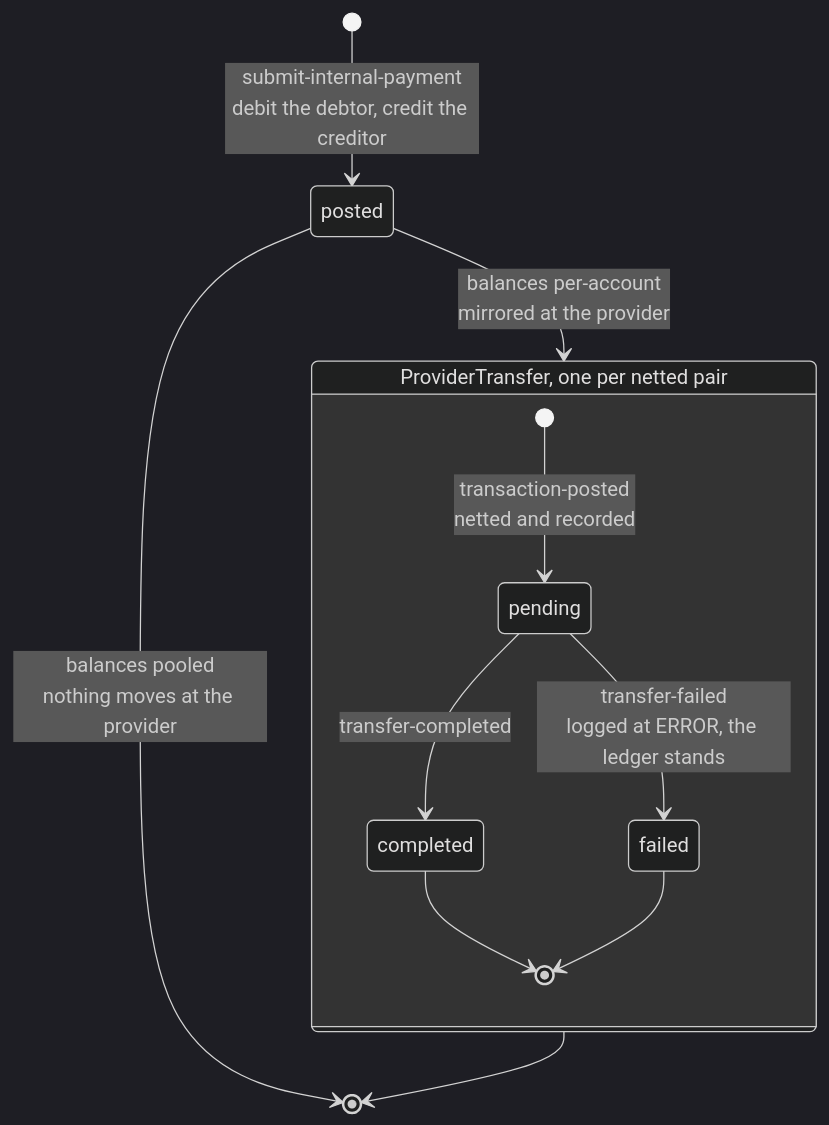
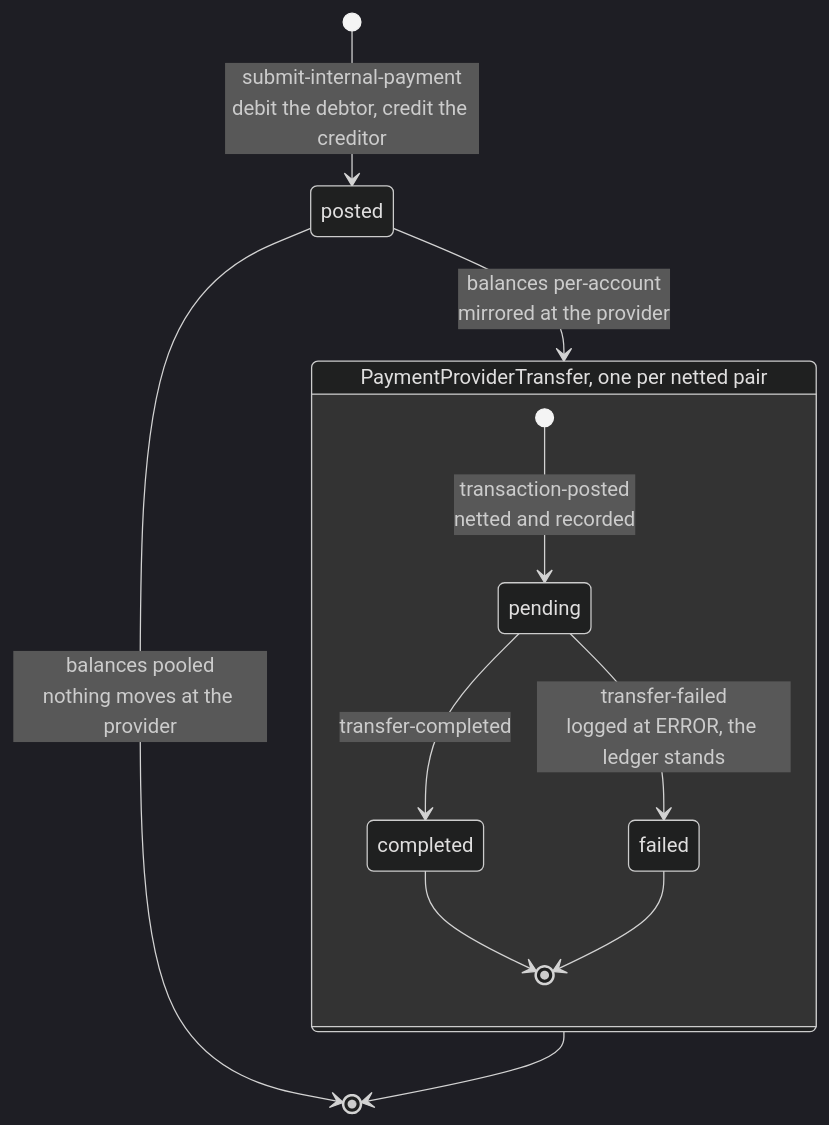
The first of 8 diagrams in docs/tdd/payments-internal.md (repldriven/queenswood), drawn with Mermaid (dark theme) before and after one commit. The commit also changed other lines of this file and 1030 other files, not shown here.

````diff
--- a/docs/tdd/payments-internal.md
+++ b/docs/tdd/payments-internal.md
@@ -71,14 +71,14 @@
 ```mermaid
 stateDiagram-v2
-    state "ProviderTransfer, one per netted pair" as PT {
+    state "PaymentProviderTransfer, one per netted pair" as PT {
         [*] --> pending: transaction-posted<br/>netted and recorded
         pending --> completed: transfer-completed
         pending --> failed: transfer-failed<br/>logged at ERROR, the ledger stands
         completed --> [*]
         failed --> [*]
     }
     [*] --> posted: submit-internal-payment<br/>debit the debtor, credit the creditor
     posted --> PT: balances per-account<br/>mirrored at the provider
     posted --> [*]: balances pooled<br/>nothing moves at the provider
     PT --> [*]
 ```
````
